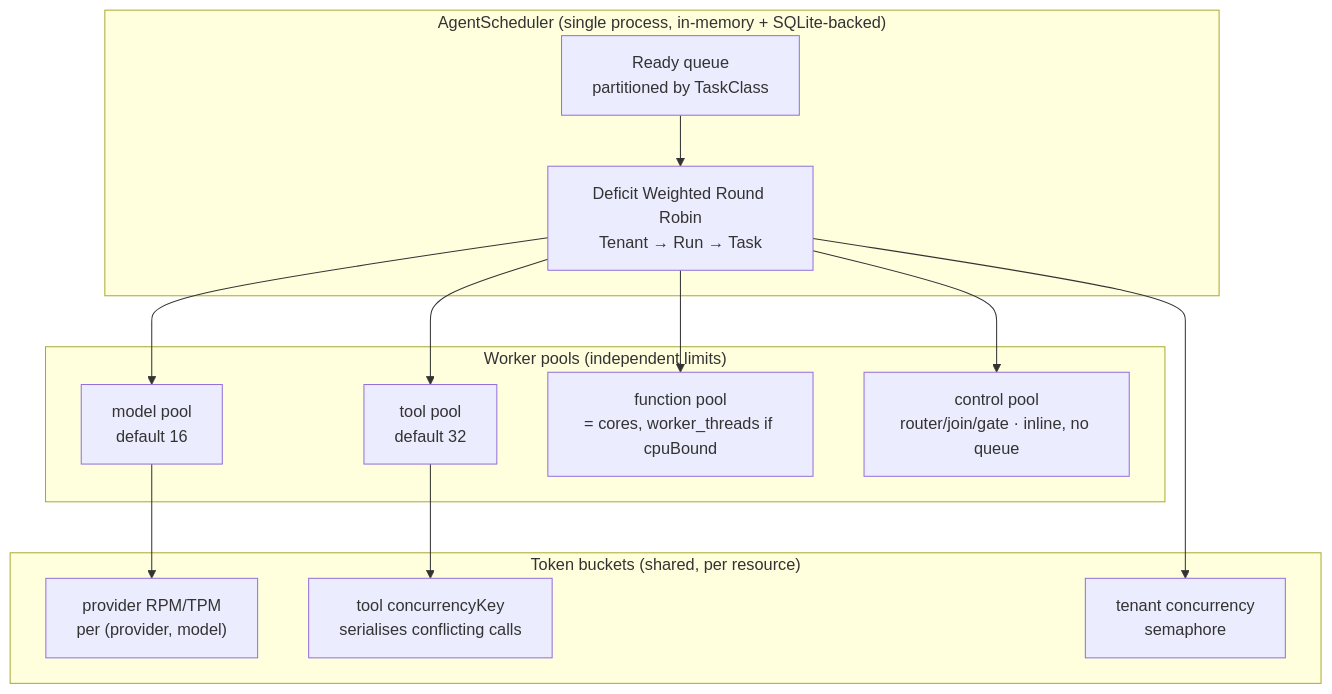
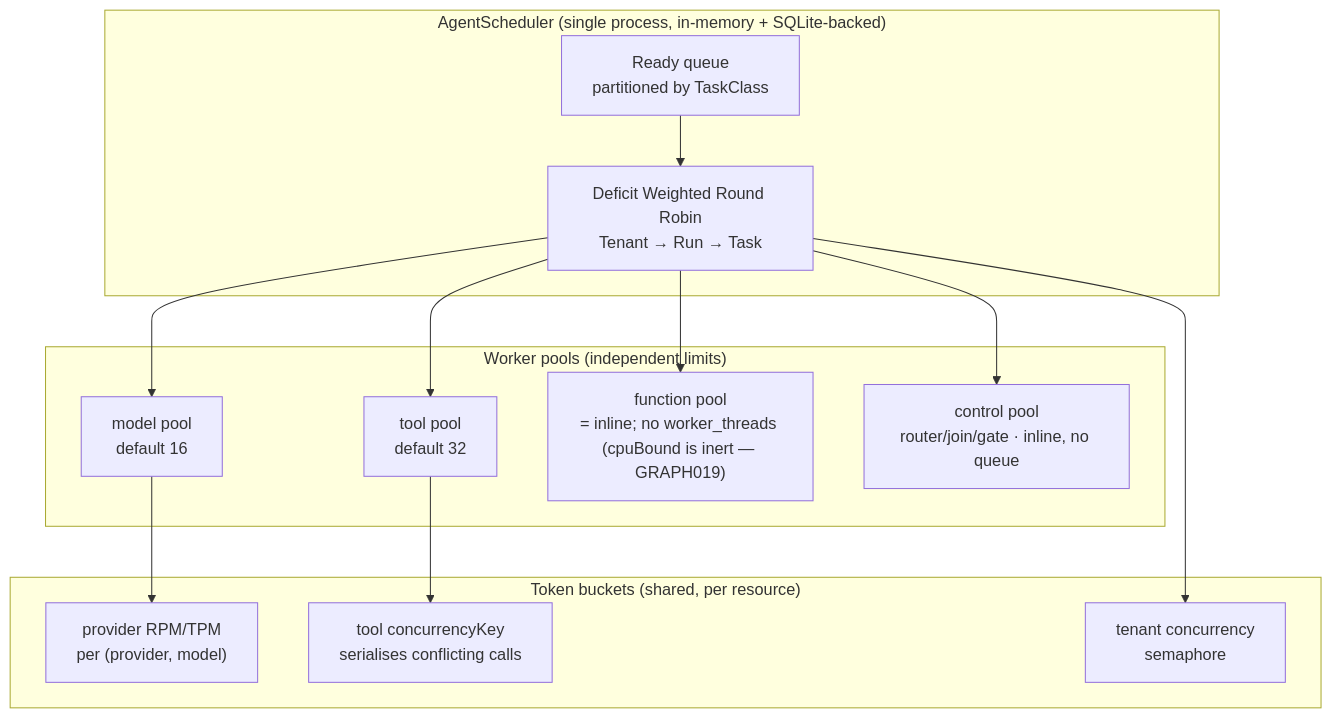
Before and after one commit to caohaotiantian/EAgent: the third of 7 diagrams in design/loom/03-RUNTIME.md, drawn with Mermaid. The commit also changed 3 other files, not shown here.

````diff
--- a/design/loom/03-RUNTIME.md
+++ b/design/loom/03-RUNTIME.md
@@ -109,22 +109,22 @@
 ```mermaid
 graph TB
   subgraph SCHED["AgentScheduler (single process, in-memory + SQLite-backed)"]
     RQ["Ready queue<br/>partitioned by TaskClass"]
     DRR["Deficit Weighted Round Robin<br/>Tenant → Run → Task"]
   end
   subgraph POOLS["Worker pools (independent limits)"]
     P1["model pool<br/>default 16"]
     P2["tool pool<br/>default 32"]
-    P3["function pool<br/>= cores, worker_threads if cpuBound"]
+    P3["function pool<br/>= inline; no worker_threads (cpuBound is inert — GRAPH019)"]
     P4["control pool<br/>router/join/gate · inline, no queue"]
   end
   subgraph LIM["Token buckets (shared, per resource)"]
     B1["provider RPM/TPM<br/>per (provider, model)"]
     B2["tool concurrencyKey<br/>serialises conflicting calls"]
     B3["tenant concurrency<br/>semaphore"]
   end
   RQ --> DRR --> P1 & P2 & P3 & P4
   P1 --> B1
   P2 --> B2
   DRR --> B3
 ```
````
